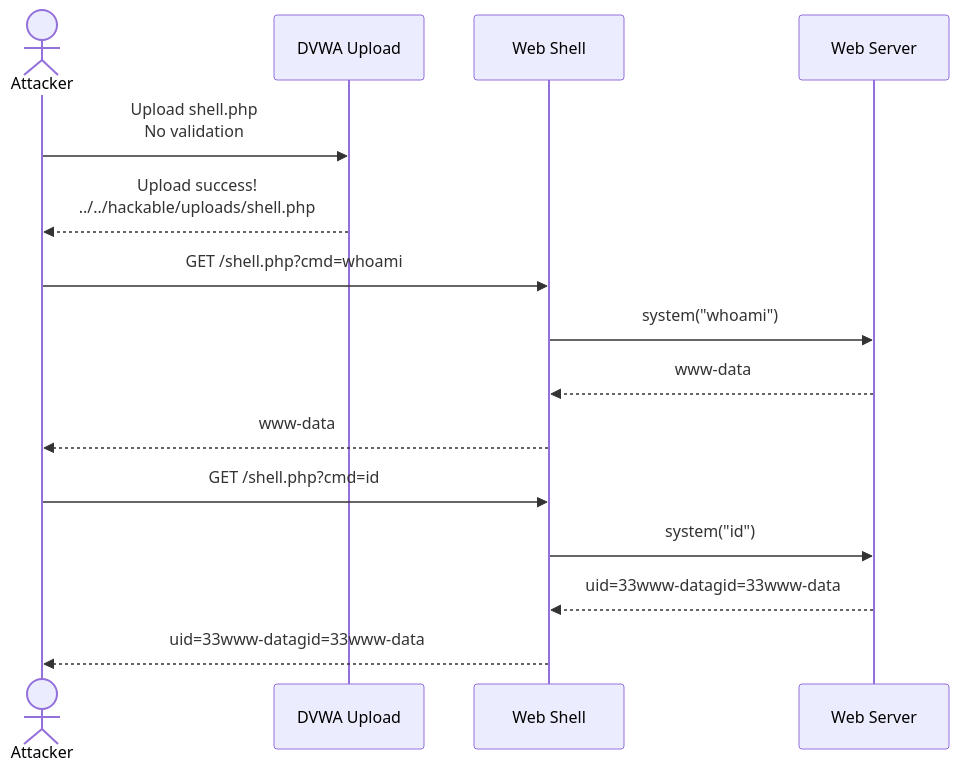
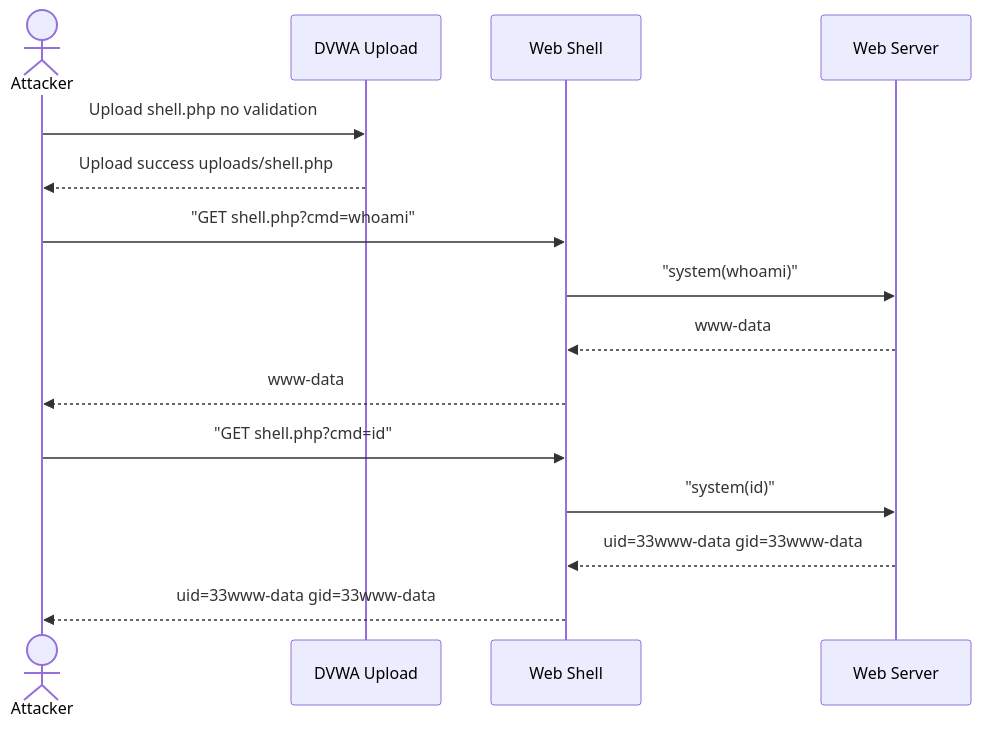
One commit to InsiyahBhatia/dvwa-web-attack-lab changed the second of 2 diagrams in docs/file-upload.md. Above: the diagram before and after it, drawn with Mermaid. The commit also changed 4 other files, not shown here.

Commit message:
Fix all mermaid sequence diagram parse errors across docs

````diff
--- a/docs/file-upload.md
+++ b/docs/file-upload.md
@@ -117,20 +117,20 @@
 ```mermaid
 sequenceDiagram
     actor Attacker
     participant DVWA as DVWA Upload
     participant Shell as Web Shell
     participant Server as Web Server
     
-    Attacker->>DVWA: Upload shell.php<br/>No validation
-    DVWA-->>Attacker: Upload success!<br/>../../hackable/uploads/shell.php
+    Attacker->>DVWA: Upload shell.php no validation
+    DVWA-->>Attacker: Upload success uploads/shell.php
     
-    Attacker->>Shell: GET /shell.php?cmd=whoami
-    Shell->>Server: system("whoami")
+    Attacker->>Shell: "GET shell.php?cmd=whoami"
+    Shell->>Server: "system(whoami)"
     Server-->>Shell: www-data
     Shell-->>Attacker: www-data
     
-    Attacker->>Shell: GET /shell.php?cmd=id
-    Shell->>Server: system("id")
-    Server-->>Shell: uid=33www-datagid=33www-data
-    Shell-->>Attacker: uid=33www-datagid=33www-data
+    Attacker->>Shell: "GET shell.php?cmd=id"
+    Shell->>Server: "system(id)"
+    Server-->>Shell: uid=33www-data gid=33www-data
+    Shell-->>Attacker: uid=33www-data gid=33www-data
 ```
````
